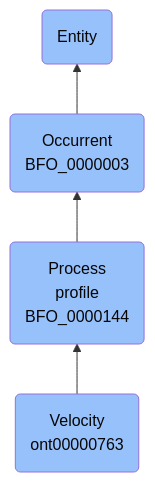
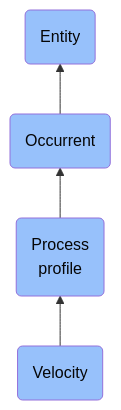
The diagram in docs/ontology/reference/model/Entity/Occurrent/Process profile/Velocity/Velocity.md (jupyter-naas/abi), drawn with Mermaid before and after one commit. The commit also changed other lines of this file and 1430 other files, not shown here.

````diff
--- a/docs/ontology/reference/model/Entity/Occurrent/Process profile/Velocity/Velocity.md
+++ b/docs/ontology/reference/model/Entity/Occurrent/Process profile/Velocity/Velocity.md
@@ -24,11 +24,11 @@
 ```mermaid
 graph BT
-    ont00000763(Velocity<br>ont00000763):::BFO-->BFO_0000144
-    BFO_0000144(Process<br>profile<br>BFO_0000144):::BFO-->BFO_0000003
-    BFO_0000003(Occurrent<br>BFO_0000003):::BFO-->BFO_0000001
+    ont00000763(Velocity):::BFO-->BFO_0000144
+    BFO_0000144(Process<br>profile):::BFO-->BFO_0000003
+    BFO_0000003(Occurrent):::BFO-->BFO_0000001
     BFO_0000001(Entity):::BFO
     
     classDef BFO fill:#97c1fb,color:#060606
     classDef CCO fill:#e4c51e,color:#060606
     classDef ABI fill:#48DD82,color:#060606
 ```
````
